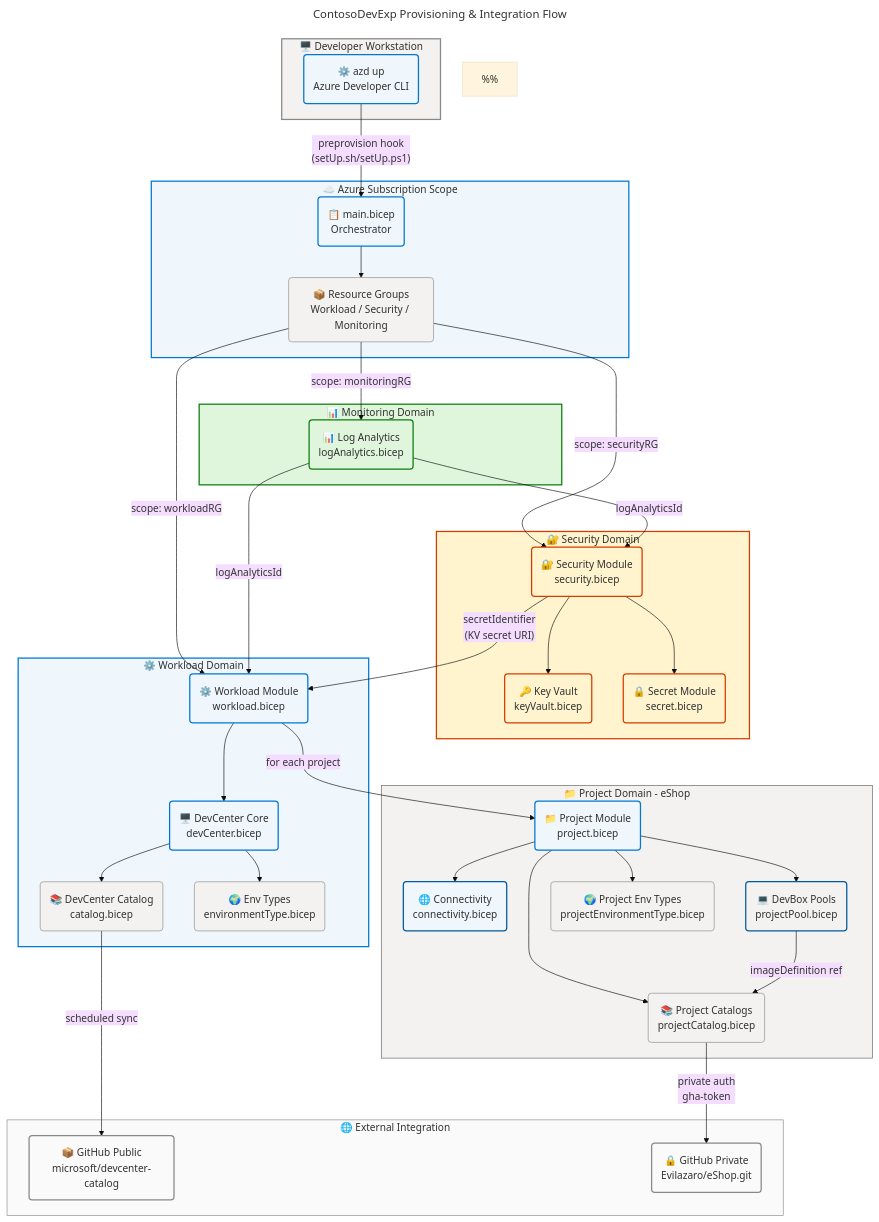
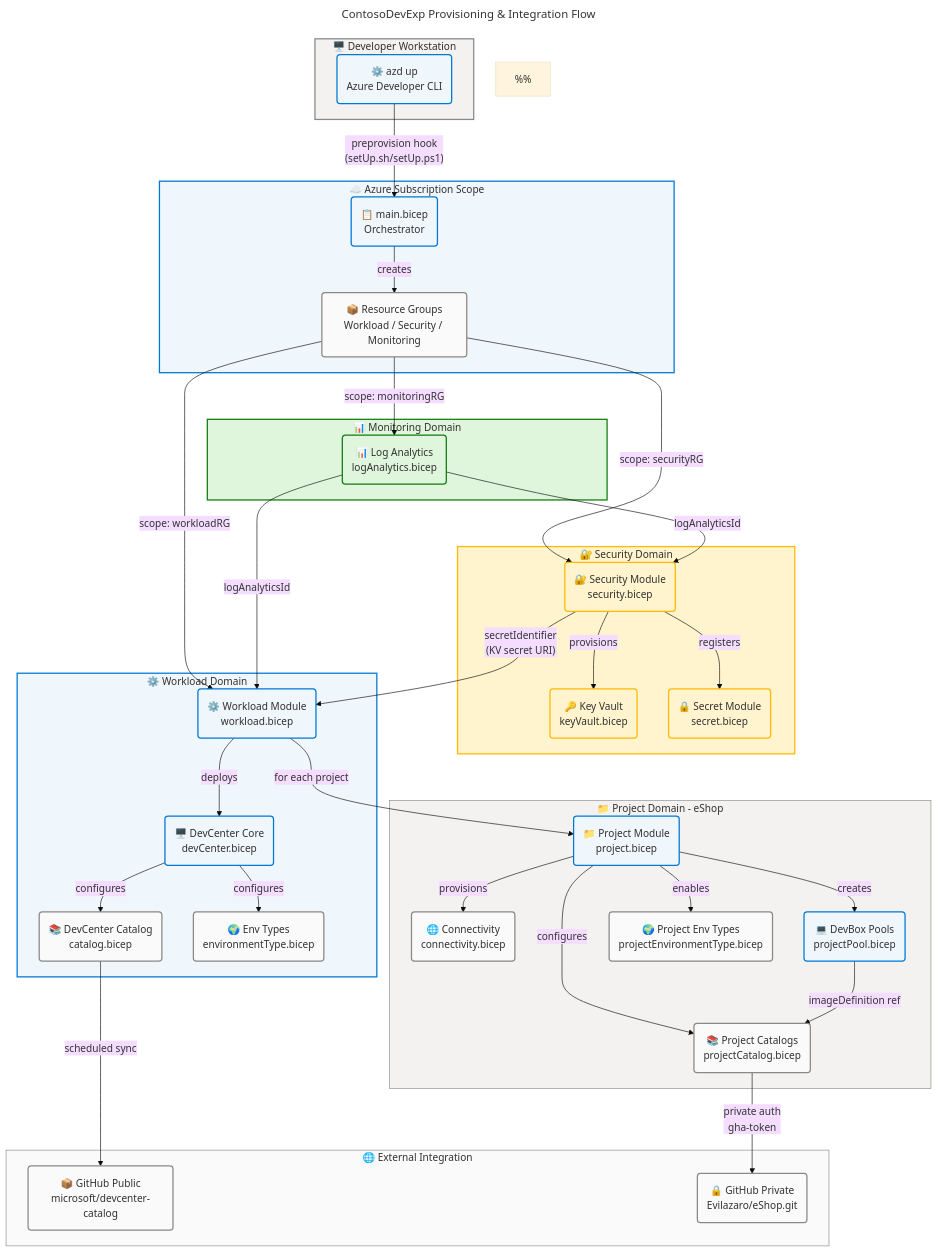
One commit to Evilazaro/DevExp-DevBox changed the third of 3 diagrams in docs/architecture/tech-arch.md. Above: the diagram before and after it, drawn with Mermaid. The commit also changed other lines of this file and 3 other files, not shown here.

First line of the commit message:
Enhance architecture documentation with detailed descriptions and WCAG compliance

````diff
--- a/docs/architecture/tech-arch.md
+++ b/docs/architecture/tech-arch.md
@@ -747,14 +767,16 @@
 ---
 flowchart TB
     accTitle: ContosoDevExp Provisioning and Integration Flow
-    accDescr: End-to-end provisioning flow starting from the Azure Developer CLI, through the Bicep orchestrator at subscription scope, through parallel domain module deployments of Monitoring, Security, and Workload, and down to DevCenter core provisioning and per-project eShop provisioning including connectivity, pools, catalogs, and environment types. Shows output data flow (logAnalyticsId, secretIdentifier) between modules and external integration points to GitHub repositories.
+    accDescr: End-to-end provisioning flow starting from the Azure Developer CLI, through the Bicep orchestrator at subscription scope, through parallel domain module deployments of Monitoring, Security, and Workload, and down to DevCenter core provisioning and per-project eShop provisioning including connectivity, pools, catalogs, and environment types. Shows output data flow (logAnalyticsId, secretIdentifier) between modules and external integration points to GitHub repositories. Nodes: azd=core, main=core, rgs=neutral, law=success, sec=warning, kv=warning, secret=warning, wl=core, dc=core, cat=neutral, et=neutral, proj=core, conn=neutral, pool=core, pcat=neutral, pet=neutral, ghPublic=neutral, ghPrivate=neutral. WCAG AA compliant.
 
     %%
     %% AZURE / FLUENT ARCHITECTURE PATTERN v2.0
+    %% (Semantic + Structural + Font + Accessibility Governance)
+    %%
     %% PHASE 1 - FLUENT UI: All styling uses approved Fluent UI palette only
-    %% PHASE 2 - GROUPS: Every subgraph styled with style directive
-    %% PHASE 3 - COMPONENTS: Every node has semantic icon + label
-    %% PHASE 4 - ACCESSIBILITY: accTitle/accDescr present, WCAG AA compliant
+    %% PHASE 2 - GROUPS: Every subgraph has semantic color via style directive
+    %% PHASE 3 - COMPONENTS: Every node has semantic classDef + icon prefix
+    %% PHASE 4 - ACCESSIBILITY: accTitle/accDescr present, WCAG AA contrast
     %% PHASE 5 - STANDARD: Governance block present, classDefs centralized
     %%
 
@@ -764,32 +786,32 @@
 
     subgraph subscriptionScope["☁️ Azure Subscription Scope"]
         main("📋 main.bicep\nOrchestrator"):::core
-        rgs("📦 Resource Groups\nWorkload / Security / Monitoring"):::secondary
+        rgs("📦 Resource Groups\nWorkload / Security / Monitoring"):::neutral
     end
 
     subgraph monitoringDomain["📊 Monitoring Domain"]
-        law("📊 Log Analytics\nlogAnalytics.bicep"):::monitor
+        law("📊 Log Analytics\nlogAnalytics.bicep"):::success
     end
 
     subgraph securityDomain["🔐 Security Domain"]
-        sec("🔐 Security Module\nsecurity.bicep"):::security
-        kv("🔑 Key Vault\nkeyVault.bicep"):::security
-        secret("🔒 Secret Module\nsecret.bicep"):::security
+        sec("🔐 Security Module\nsecurity.bicep"):::warning
+        kv("🔑 Key Vault\nkeyVault.bicep"):::warning
+        secret("🔒 Secret Module\nsecret.bicep"):::warning
     end
 
     subgraph workloadDomain["⚙️ Workload Domain"]
         wl("⚙️ Workload Module\nworkload.bicep"):::core
         dc("🖥️ DevCenter Core\ndevCenter.bicep"):::core
-        cat("📚 DevCenter Catalog\ncatalog.bicep"):::secondary
-        et("🌍 Env Types\nenvironmentType.bicep"):::secondary
+        cat("📚 DevCenter Catalog\ncatalog.bicep"):::neutral
+        et("🌍 Env Types\nenvironmentType.bicep"):::neutral
     end
 
     subgraph projectDomain["📁 Project Domain - eShop"]
         proj("📁 Project Module\nproject.bicep"):::core
-        conn("🌐 Connectivity\nconnectivity.bicep"):::network
-        pool("💻 DevBox Pools\nprojectPool.bicep"):::compute
-        pcat("📚 Project Catalogs\nprojectCatalog.bicep"):::secondary
-        pet("🌍 Project Env Types\nprojectEnvironmentType.bicep"):::secondary
+        conn("🌐 Connectivity\nconnectivity.bicep"):::neutral
+        pool("💻 DevBox Pools\nprojectPool.bicep"):::core
+        pcat("📚 Project Catalogs\nprojectCatalog.bicep"):::neutral
+        pet("🌍 Project Env Types\nprojectEnvironmentType.bicep"):::neutral
     end
 
     subgraph external["🌐 External Integration"]
@@ -798,40 +820,37 @@
     end
 
     azd -->|"preprovision hook\n(setUp.sh/setUp.ps1)"| main
-    main --> rgs
+    main -->|creates| rgs
     rgs -->|"scope: monitoringRG"| law
     rgs -->|"scope: securityRG"| sec
     rgs -->|"scope: workloadRG"| wl
-    sec --> kv
-    sec --> secret
+    sec -->|provisions| kv
+    sec -->|registers| secret
     law -->|"logAnalyticsId"| sec
     law -->|"logAnalyticsId"| wl
     sec -->|"secretIdentifier\n(KV secret URI)"| wl
-    wl --> dc
-    dc --> cat
-    dc --> et
+    wl -->|deploys| dc
+    dc -->|configures| cat
+    dc -->|configures| et
     wl -->|"for each project"| proj
-    proj --> conn
-    proj --> pool
-    proj --> pcat
-    proj --> pet
+    proj -->|provisions| conn
+    proj -->|creates| pool
+    proj -->|configures| pcat
+    proj -->|enables| pet
     cat -->|"scheduled sync"| ghPublic
     pcat -->|"private auth\ngha-token"| ghPrivate
     pool -->|"imageDefinition ref"| pcat
 
     classDef core fill:#EFF6FC,stroke:#0078D4,stroke-width:2px,color:#323130
-    classDef secondary fill:#F3F2F1,stroke:#8A8886,stroke-width:1px,color:#323130
-    classDef security fill:#FFF4CE,stroke:#D83B01,stroke-width:2px,color:#323130
-    classDef monitor fill:#DFF6DD,stroke:#107C10,stroke-width:2px,color:#323130
-    classDef network fill:#EFF6FC,stroke:#005A9E,stroke-width:2px,color:#323130
-    classDef compute fill:#F3F2F1,stroke:#005A9E,stroke-width:2px,color:#323130
     classDef neutral fill:#FAFAFA,stroke:#8A8886,stroke-width:2px,color:#323130
+    classDef warning fill:#FFF4CE,stroke:#FFB900,stroke-width:2px,color:#323130
+    classDef success fill:#DFF6DD,stroke:#107C10,stroke-width:2px,color:#323130
 
     style devWorkstation fill:#F3F2F1,stroke:#8A8886,stroke-width:2px,color:#323130
     style subscriptionScope fill:#EFF6FC,stroke:#0078D4,stroke-width:2px,color:#323130
     style monitoringDomain fill:#DFF6DD,stroke:#107C10,stroke-width:2px,color:#323130
-    style securityDomain fill:#FFF4CE,stroke:#D83B01,stroke-width:2px,color:#323130
+    style securityDomain fill:#FFF4CE,stroke:#FFB900,stroke-width:2px,color:#323130
     style workloadDomain fill:#EFF6FC,stroke:#0078D4,stroke-width:2px,color:#323130
-    style projectDomain fill:#F3F2F1,stroke:#605E5C,stroke-width:1px,color:#323130
+    style projectDomain fill:#F3F2F1,stroke:#8A8886,stroke-width:1px,color:#323130
     style external fill:#FAFAFA,stroke:#8A8886,stroke-width:1px,color:#323130
 ```
````
